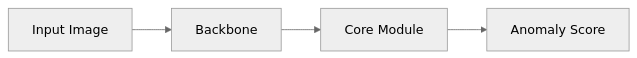
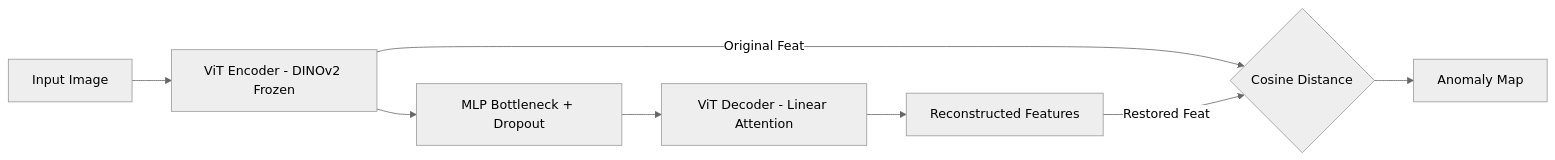
Before and after one commit to TUK-AI-HC-LAB/lab-chlee1027: the diagram in method4_Dinomaly/source/README.md, drawn with Mermaid (neutral theme). The commit also changed other lines of this file and 2 other files, not shown here.

````diff
--- a/method4_Dinomaly/source/README.md
+++ b/method4_Dinomaly/source/README.md
@@ -23,6 +23,12 @@
 ```mermaid
 graph LR
-    Input[Input Image] --> Backbone[Backbone]
-    Backbone --> Module[Core Module]
-    Module --> Score[Anomaly Score]
+    Input[Input Image] --> Encoder[ViT Encoder - DINOv2 Frozen]
+    Encoder --> Bottleneck[MLP Bottleneck + Dropout]
+    Bottleneck --> Decoder[ViT Decoder - Linear Attention]
+    Decoder --> Recon[Reconstructed Features]
+    
+    Error{Cosine Distance}
+    Encoder -- Original Feat --> Error
+    Recon -- Restored Feat --> Error
+    Error --> Score[Anomaly Map]
 ```
````
